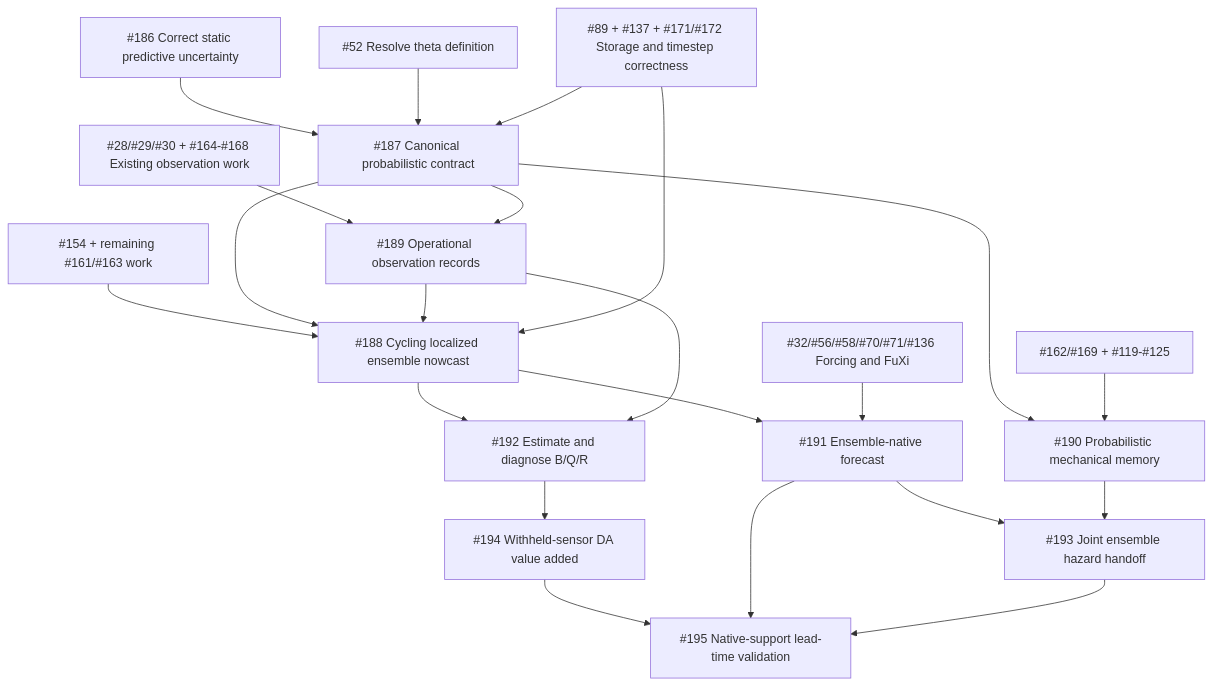
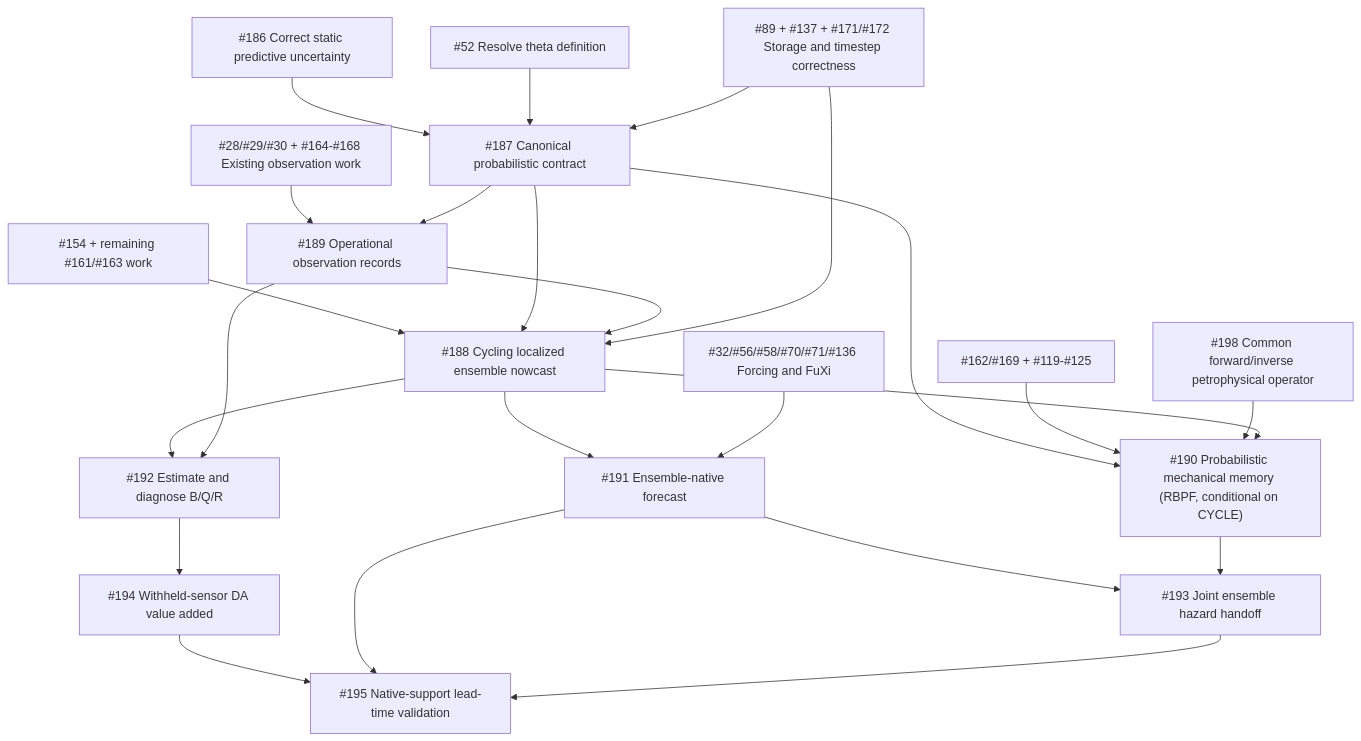
One commit to gaia-hazlab/gwl-space-time-smooth changed the diagram in docs/probabilistic-nowcast-forecast-roadmap.md. Above: the diagram before and after it, drawn with Mermaid. The commit also changed other lines of this file and 4 other files, not shown here.

````diff
--- a/docs/probabilistic-nowcast-forecast-roadmap.md
+++ b/docs/probabilistic-nowcast-forecast-roadmap.md
@@ -127,30 +127,32 @@
 ```mermaid
 flowchart TD
   UQ["#186 Correct static predictive uncertainty"] --> CONTRACT["#187 Canonical probabilistic contract"]
   THETA["#52 Resolve theta definition"] --> CONTRACT
   WATER["#89 + #137 + #171/#172 Storage and timestep correctness"] --> CONTRACT
 
   OBSBASE["#28/#29/#30 + #164-#168 Existing observation work"] --> OBS["#189 Operational observation records"]
   CONTRACT --> OBS
 
   SCALE["#154 + remaining #161/#163 work"] --> CYCLE["#188 Cycling localized ensemble nowcast"]
   CONTRACT --> CYCLE
   OBS --> CYCLE
   WATER --> CYCLE
 
   CYCLE --> BQR["#192 Estimate and diagnose B/Q/R"]
   OBS --> BQR
   BQR --> VALUE["#194 Withheld-sensor DA value added"]
 
   CYCLE --> FCST["#191 Ensemble-native forecast"]
   FORCING["#32/#56/#58/#70/#71/#136 Forcing and FuXi"] --> FCST
 
-  CONTRACT --> MECH["#190 Probabilistic mechanical memory"]
+  CONTRACT --> MECH["#190 Probabilistic mechanical memory (RBPF, conditional on CYCLE)"]
   ATTRIB["#162/#169 + #119-#125"] --> MECH
+  PETRO["#198 Common forward/inverse petrophysical operator"] --> MECH
+  CYCLE --> MECH
 
   FCST --> HAZ["#193 Joint ensemble hazard handoff"]
   MECH --> HAZ
   VALUE --> VERIFY["#195 Native-support lead-time validation"]
   FCST --> VERIFY
   HAZ --> VERIFY
 ```
````
